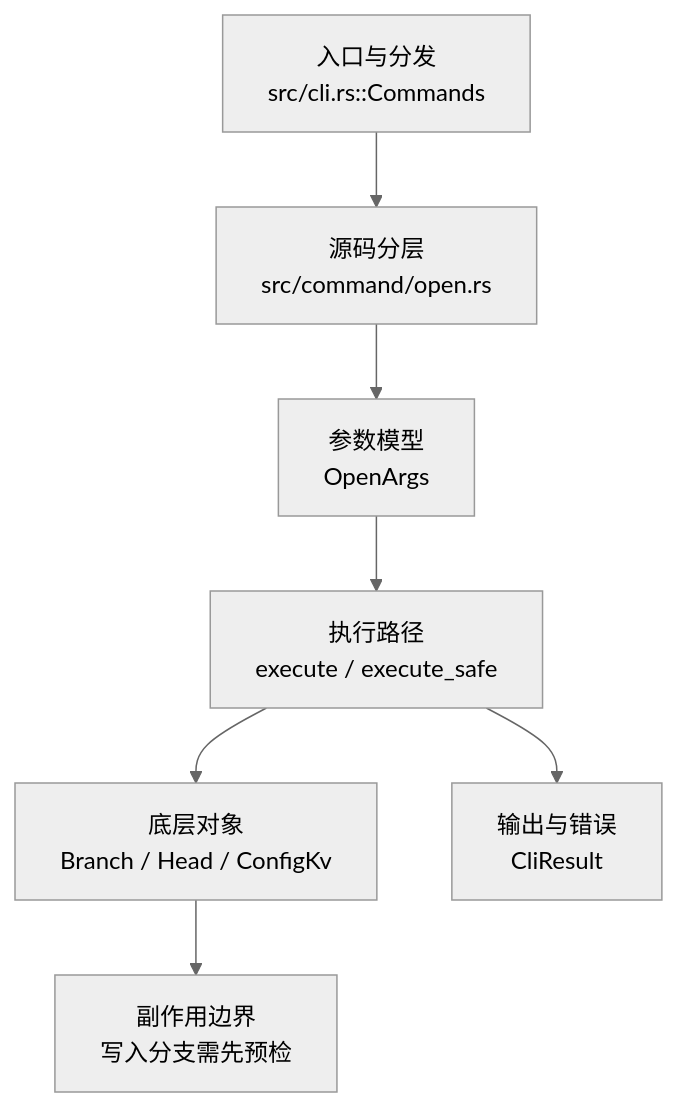
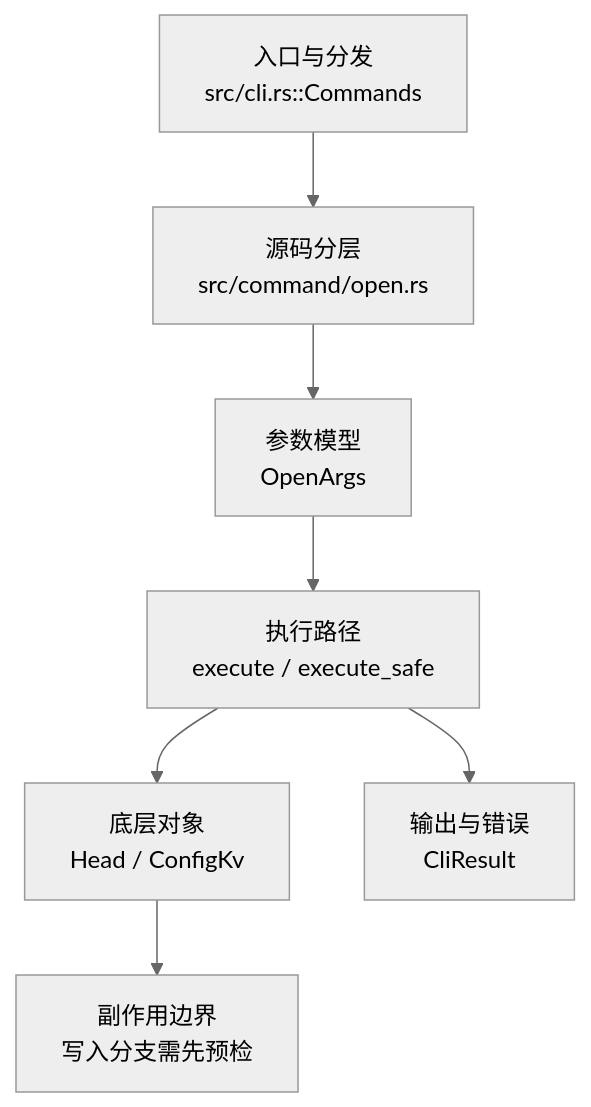
The diagram in docs/development/commands/open.md (web3infra-foundation/libra), drawn with Mermaid (neutral theme) before and after one commit. The commit also changed other lines of this file and 65 other files, not shown here.

````diff
--- a/docs/development/commands/open.md
+++ b/docs/development/commands/open.md
@@ -22,9 +22,9 @@
 ```mermaid
 flowchart TD
     A["入口与分发<br/>src/cli.rs::Commands"] --> B["源码分层<br/>src/command/open.rs"]
     B --> C["参数模型<br/>OpenArgs"]
     C --> D["执行路径<br/>execute / execute_safe"]
-    D --> E["底层对象<br/>Branch / Head / ConfigKv"]
+    D --> E["底层对象<br/>Head / ConfigKv"]
     D --> F["输出与错误<br/>CliResult"]
     E --> G["副作用边界<br/>写入分支需先预检"]
 ```
````
